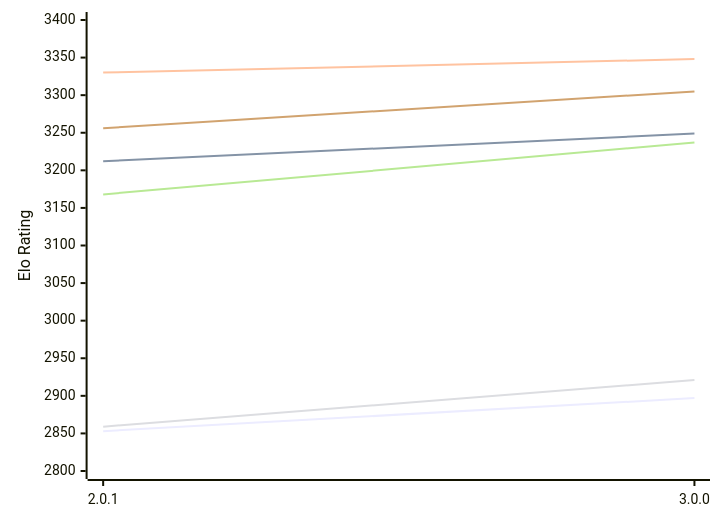
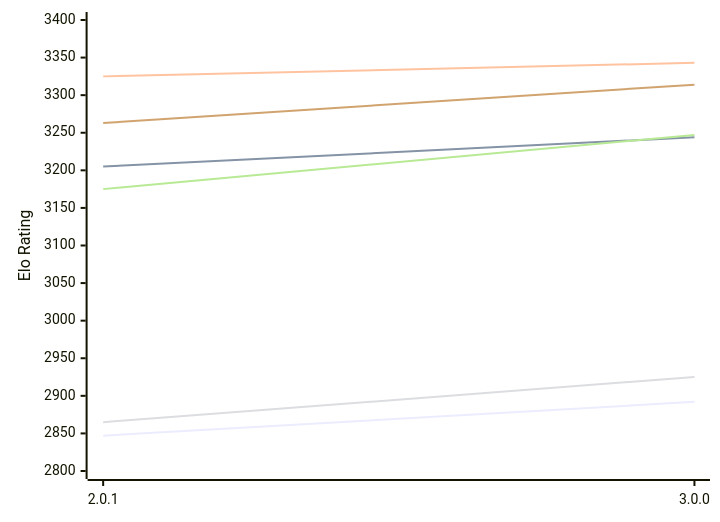
One commit to computer-chess-index/cci changed the first of 2 diagrams in engines/Grail.md. Above: the diagram before and after it, drawn with Mermaid. The commit also changed other lines of this file, not shown here.

Commit message:
Update CCI Ratings (ELO VLTC) - 2026-11-18

````diff
--- a/engines/Grail.md
+++ b/engines/Grail.md
@@ -56,12 +56,12 @@
 ```mermaid
 %%{init: {"theme":"base","themeVariables":{"seriesColors:['#a3a3a3','#222221','#faa371']}}}%%
 xychart-beta
   x-axis ["2.0.1", "3.0.0"]
   y-axis "Elo Rating" 2800 --> 3400
-  line "E1: STC (8.0+0.08s)" [2853, 2897]
-  line "E1: LTC (60.0+0.60s)" [3212, 3249]
-  line "E1: VLTC (2m24s+1.12s)" [3330, 3348]
-  line "P1: STC (8.0+0.08s)" [2859, 2921]
-  line "P1: LTC (60.0+0.60s)" [3168, 3237]
-  line "P1: VLTC (2m24s+1.12s)" [3256, 3305]
+  line "E1: STC (8.0+0.08s)" [2847, 2892]
+  line "E1: LTC (60.0+0.60s)" [3205, 3244]
+  line "E1: VLTC (2m24s+1.12s)" [3325, 3343]
+  line "P1: STC (8.0+0.08s)" [2865, 2925]
+  line "P1: LTC (60.0+0.60s)" [3175, 3247]
+  line "P1: VLTC (2m24s+1.12s)" [3263, 3314]
 ```
````
